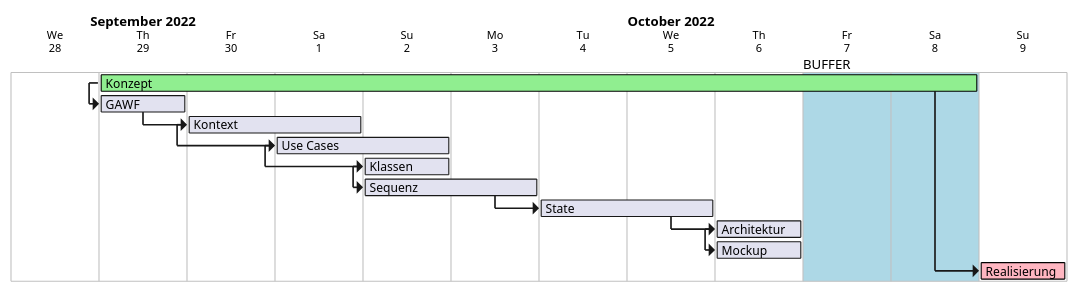
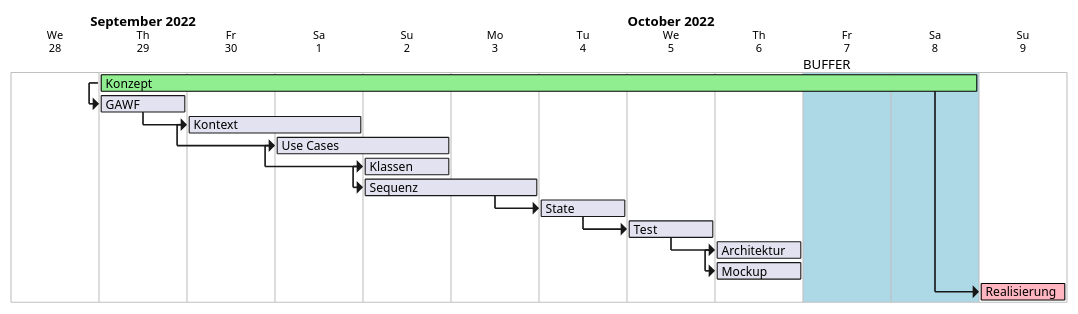
Before and after one commit to Fr0sTieCH/Diplomarbeit: the diagram in documentation/content/diagrams/gantt/conceptPlanning.wsd, drawn with PlantUML. The commit also changed 58 other files, not shown here.

```diff
--- a/documentation/content/diagrams/gantt/conceptPlanning.wsd
+++ b/documentation/content/diagrams/gantt/conceptPlanning.wsd
@@ -1,40 +1,42 @@
 @startgantt roughtPlanning
 
 hide footbox
 printscale daily zoom 5
 project starts the 2022/09/28
 
 'TASKS:
 [Konzept] lasts 10 days
 [GAWF] lasts 1 days
 [Kontext] lasts 2 days
 [Use Cases] lasts 2 days
 [Klassen] lasts 1 days
 [Sequenz] lasts 2 days
-[State] lasts 2 days
+[State] lasts 1 days
+[Test] lasts 1 days
 [Architektur] lasts 1 days
 [Mockup] lasts 1 days
 
 'PLANNING
 [Konzept] starts at 2022/09/29
 [Realisierung] starts at [Konzept]'s end
 [GAWF] starts at [Konzept]'s start
 [Kontext] starts at [GAWF]'s end
 [Use Cases] starts at [Kontext]'s start
 [Use Cases] starts at 2022/10/01
 [Klassen] starts at [Use Cases]'s start
 [Klassen] starts at 2022/10/02
 [Sequenz] starts at [Klassen]'s start
 [State] starts at [Sequenz]'s end
-[Architektur] starts at [State]'s end
+[Test] starts at [State]'s end
+[Architektur] starts at [Test]'s end
 [Mockup] starts at [Architektur]'s start
 
 
 
 
 'COLORS
 [Konzept] is colored in LightGreen/Black
 [Realisierung] is colored in LightPink/Black 
 2022/10/07 to 2022/10/08 are named [BUFFER]
 2022/10/07 to 2022/10/08  are colored in LightBlue
 @endgantt
```
